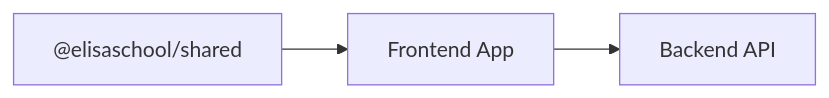
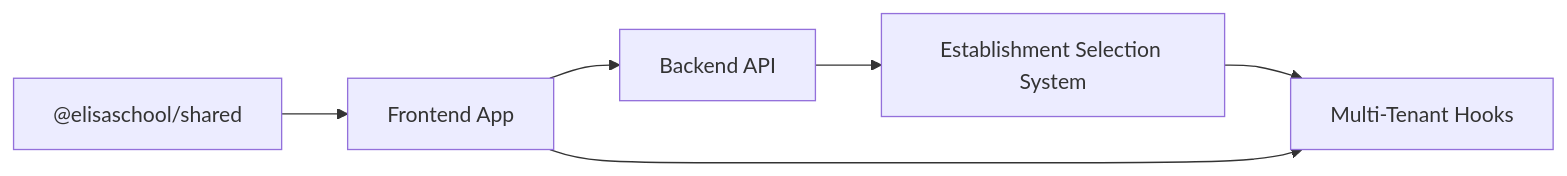
One commit to franckylab/eLISAschool changed diagram 12 of 12 in .qoder/repowiki/en/content/Frontend & PWA Implementation/Frontend & PWA Implementation.md. Above: the diagram before and after it, drawn with Mermaid. The commit also changed other lines of this file and 281 other files, not shown here.

````diff
--- a/.qoder/repowiki/en/content/Frontend & PWA Implementation/Frontend & PWA Implementation.md
+++ b/.qoder/repowiki/en/content/Frontend & PWA Implementation/Frontend & PWA Implementation.md
@@ -337,8 +481,13 @@
 ```mermaid
 graph LR
 Shared["@elisaschool/shared"]
 Frontend["Frontend App"]
 Backend["Backend API"]
+EstablishmentSelection["Establishment Selection System"]
+MultiTenant["Multi-Tenant Hooks"]
+Backend --> EstablishmentSelection
+EstablishmentSelection --> MultiTenant
+Frontend --> Backend
+Frontend --> MultiTenant
 Shared --> Frontend
-Frontend --> Backend
 ```
````
